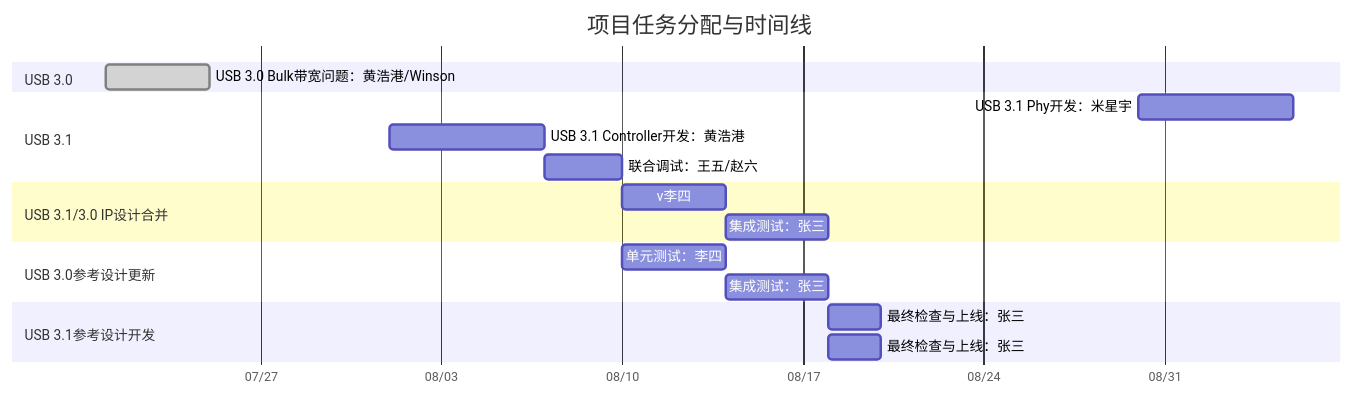
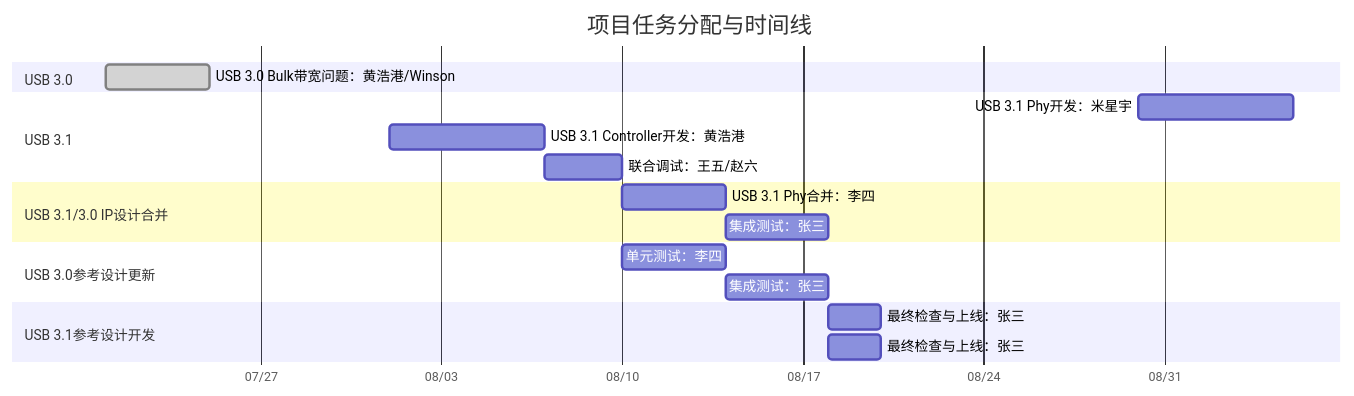
One commit to winsonbook/iodraw-files changed the diagram in all/未命名.md. Above: the diagram before and after it, drawn with Mermaid.

Commit message:
2025-07-21 09:51:01 update

````diff
--- a/all/未命名.md
+++ b/all/未命名.md
@@ -1,29 +1,29 @@
 ```mermaid
 gantt
     title 项目任务分配与时间线
     dateFormat  YYYY-MM-DD
     axisFormat  %m/%d
 
     section USB 3.0
     USB 3.0 Bulk带宽问题：黄浩港/Winson   :done,    task1, 2025-07-21, 4d
 
     section USB 3.1
     USB 3.1 Phy开发：米星宇      :         task3, 2025-08-30, 6d
     USB 3.1 Controller开发：黄浩港      :  task4, 2025-08-01, 6d
     联合调试：王五/赵六  :         task5, 2025-08-07, 3d
 
     section USB 3.1/3.0 IP设计合并
-    v李四       :         task6, 2025-08-10, 4d
+    USB 3.1 Phy合并：李四       :         task6, 2025-08-10, 4d
     集成测试：张三       :         task7, 2025-08-14, 4d
 
     section USB 3.0参考设计更新
     单元测试：李四       :         task6, 2025-08-10, 4d
     集成测试：张三       :         task7, 2025-08-14, 4d
 
     section USB 3.1参考设计开发
     最终检查与上线：张三 :         task8, 2025-08-18, 2d
 
     section USB 3.1参考设计开发
     最终检查与上线：张三 :         task8, 2025-08-18, 2d
 
 ```
````
